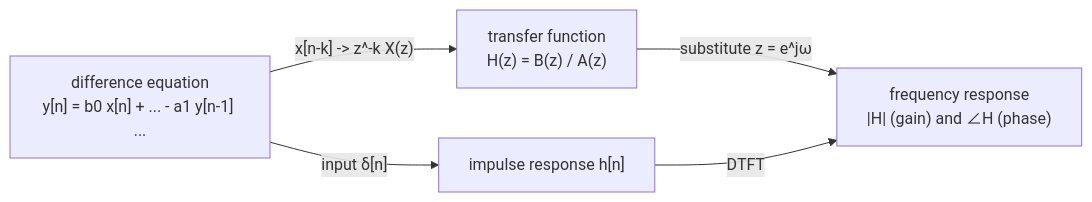
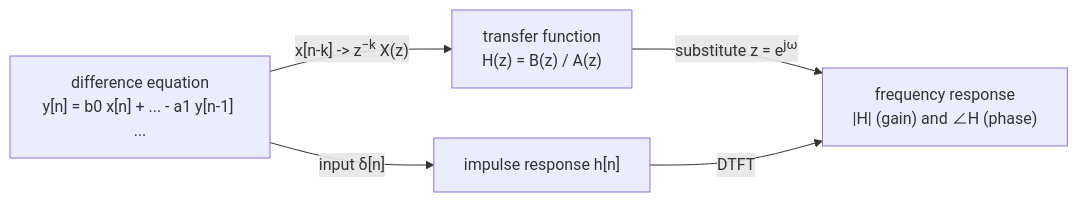
Before and after one commit to TomHsieh300/DAW-for-fun: the first of 4 diagrams in lessons/02-filter/README.md, drawn with Mermaid. The commit also changed other lines of this file and 19 other files, not shown here.

First line of the commit message:
lessons: typeset subscripts and superscripts in Mermaid labels

````diff
--- a/lessons/02-filter/README.md
+++ b/lessons/02-filter/README.md
@@ -160,7 +160,7 @@
 ```mermaid
 flowchart LR
-    DE["difference equation<br/>y[n] = b0 x[n] + ... - a1 y[n-1] ..."] -- "x[n-k] -> z^-k X(z)" --> TF["transfer function<br/>H(z) = B(z) / A(z)"]
-    TF -- "substitute z = e^jω" --> FR["frequency response<br/>|H| (gain) and ∠H (phase)"]
+    DE["difference equation<br/>y[n] = b0 x[n] + ... - a1 y[n-1] ..."] -- "x[n-k] -> z<sup>−k</sup> X(z)" --> TF["transfer function<br/>H(z) = B(z) / A(z)"]
+    TF -- "substitute z = e<sup>jω</sup>" --> FR["frequency response<br/>|H| (gain) and ∠H (phase)"]
     DE -- "input δ[n]" --> IR["impulse response h[n]"]
     IR -- "DTFT" --> FR
 ```
````
